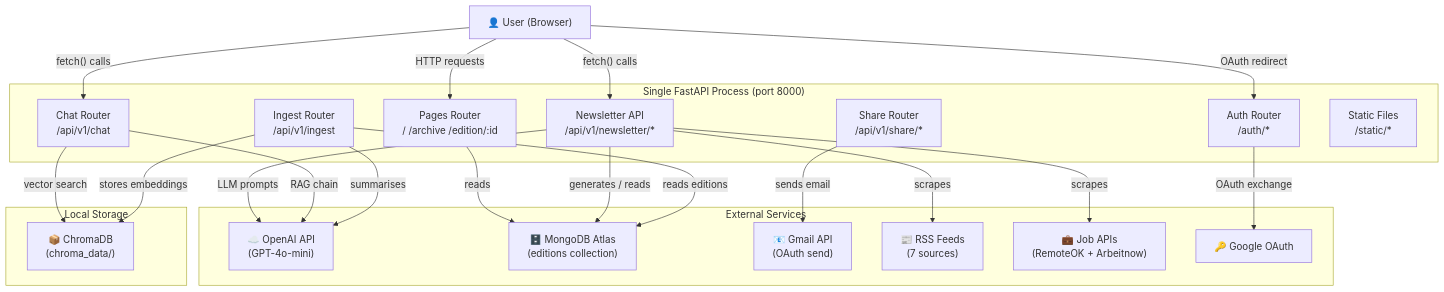
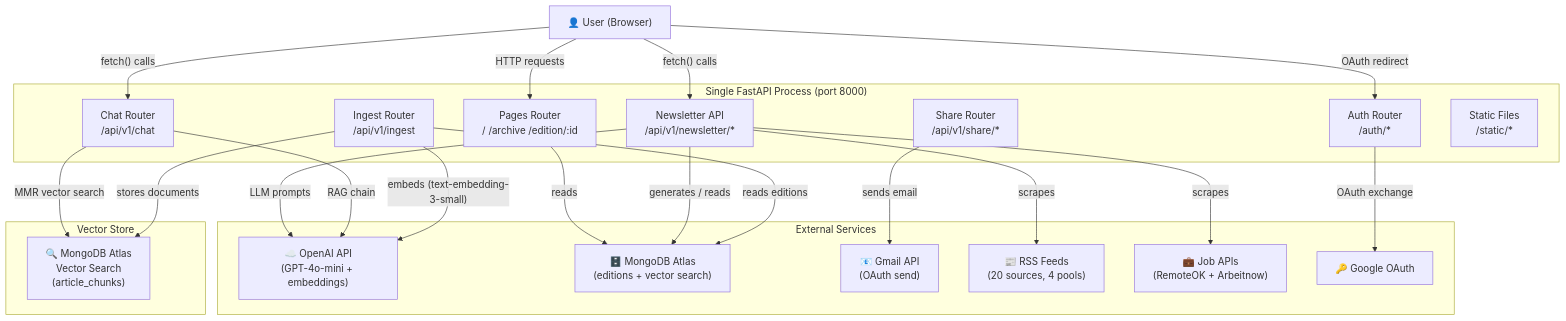
The diagram in README.md (tanmayiitj/AI-Newsletter), drawn with Mermaid before and after one commit. The commit also changed other lines of this file, not shown here.

````diff
--- a/README.md
+++ b/README.md
@@ -62,45 +67,45 @@
 ```mermaid
 graph TD
     User["👤 User (Browser)"]
 
     subgraph "Single FastAPI Process (port 8000)"
         Pages["Pages Router\n/ /archive /edition/:id"]
         NewsAPI["Newsletter API\n/api/v1/newsletter/*"]
         AuthAPI["Auth Router\n/auth/*"]
         ShareAPI["Share Router\n/api/v1/share/*"]
         ChatAPI["Chat Router\n/api/v1/chat"]
         IngestAPI["Ingest Router\n/api/v1/ingest"]
         Static["Static Files\n/static/*"]
     end
 
     subgraph "External Services"
-        OpenAI["☁️ OpenAI API\n(GPT-4o-mini)"]
-        MongoDB["🗄️ MongoDB Atlas\n(editions collection)"]
+        OpenAI["☁️ OpenAI API\n(GPT-4o-mini + embeddings)"]
+        MongoDB["🗄️ MongoDB Atlas\n(editions + vector search)"]
         Gmail["📧 Gmail API\n(OAuth send)"]
-        RSSFeeds["📰 RSS Feeds\n(7 sources)"]
+        RSSFeeds["📰 RSS Feeds\n(20 sources, 4 pools)"]
         JobAPIs["💼 Job APIs\n(RemoteOK + Arbeitnow)"]
         Google["🔑 Google OAuth"]
     end
 
-    subgraph "Local Storage"
-        ChromaDB["📦 ChromaDB\n(chroma_data/)"]
+    subgraph "Vector Store"
+        AtlasVS["🔍 MongoDB Atlas\nVector Search\n(article_chunks)"]
     end
 
     User -->|"HTTP requests"| Pages
     User -->|"fetch() calls"| NewsAPI
     User -->|"fetch() calls"| ChatAPI
     User -->|"OAuth redirect"| AuthAPI
 
     Pages -->|"reads"| MongoDB
     NewsAPI -->|"generates / reads"| MongoDB
     NewsAPI -->|"LLM prompts"| OpenAI
     NewsAPI -->|"scrapes"| RSSFeeds
     NewsAPI -->|"scrapes"| JobAPIs
     ShareAPI -->|"sends email"| Gmail
     AuthAPI -->|"OAuth exchange"| Google
     ChatAPI -->|"RAG chain"| OpenAI
-    ChatAPI -->|"vector search"| ChromaDB
+    ChatAPI -->|"MMR vector search"| AtlasVS
     IngestAPI -->|"reads editions"| MongoDB
-    IngestAPI -->|"summarises"| OpenAI
-    IngestAPI -->|"stores embeddings"| ChromaDB
+    IngestAPI -->|"embeds (text-embedding-3-small)"| OpenAI
+    IngestAPI -->|"stores documents"| AtlasVS
 ```
````
